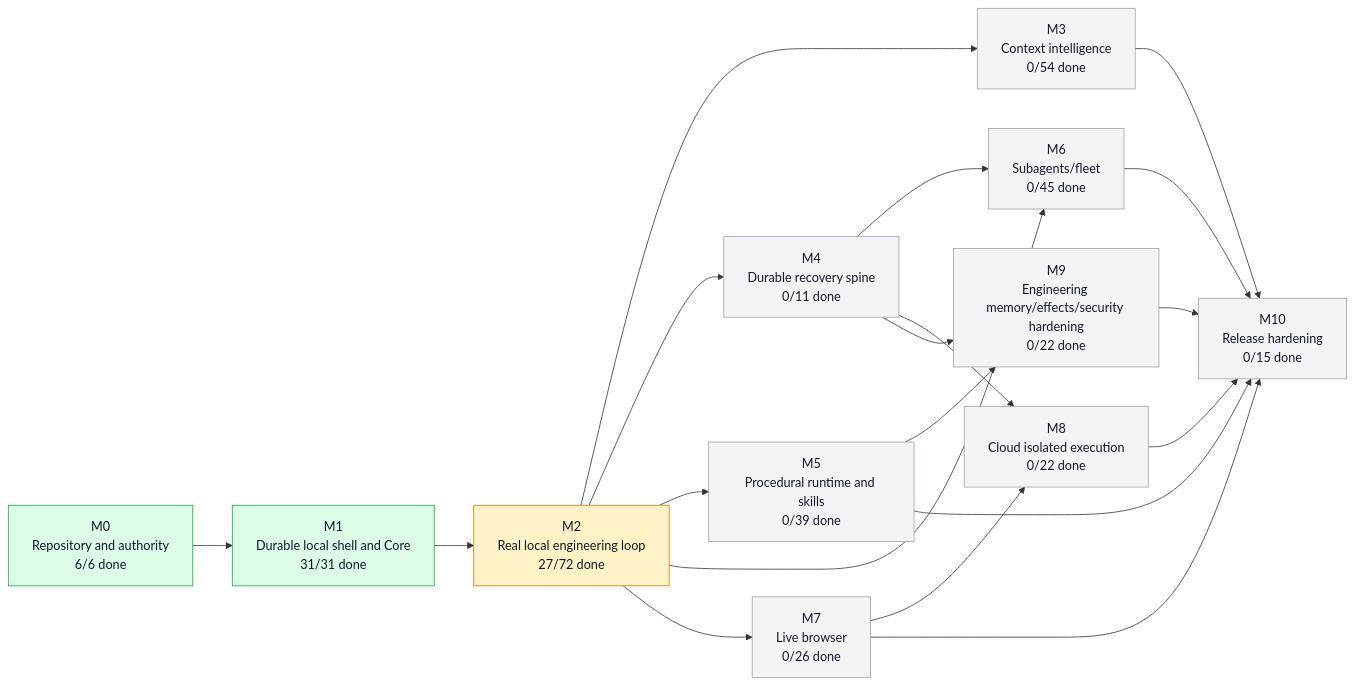
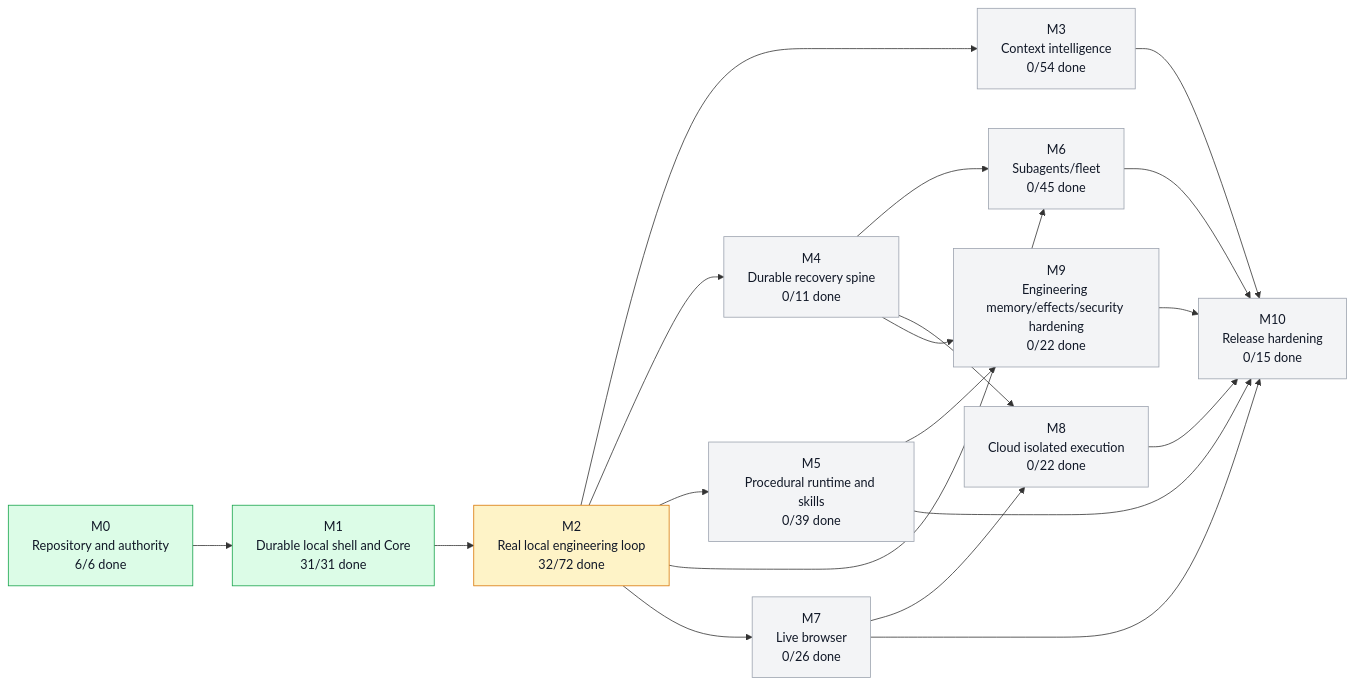
Before and after one commit to moss101/zmodbit: the first of 3 diagrams in graph/PROJECT_GRAPH.md, drawn with Mermaid. The commit also changed other lines of this file and 3 other files, not shown here.

````diff
--- a/graph/PROJECT_GRAPH.md
+++ b/graph/PROJECT_GRAPH.md
@@ -43,43 +43,43 @@
 ```mermaid
 flowchart LR
   M0["M0<br/>Repository and authority<br/>6/6 done"]
   M1["M1<br/>Durable local shell and Core<br/>31/31 done"]
-  M2["M2<br/>Real local engineering loop<br/>27/72 done"]
+  M2["M2<br/>Real local engineering loop<br/>32/72 done"]
   M3["M3<br/>Context intelligence<br/>0/54 done"]
   M4["M4<br/>Durable recovery spine<br/>0/11 done"]
   M5["M5<br/>Procedural runtime and skills<br/>0/39 done"]
   M6["M6<br/>Subagents/fleet<br/>0/45 done"]
   M7["M7<br/>Live browser<br/>0/26 done"]
   M8["M8<br/>Cloud isolated execution<br/>0/22 done"]
   M9["M9<br/>Engineering memory/effects/security hardening<br/>0/22 done"]
   M10["M10<br/>Release hardening<br/>0/15 done"]
   M0 --> M1
   M1 --> M2
   M2 --> M3
   M2 --> M4
   M2 --> M5
   M2 --> M6
   M4 --> M6
   M2 --> M7
   M4 --> M8
   M7 --> M8
   M4 --> M9
   M5 --> M9
   M3 --> M10
   M5 --> M10
   M6 --> M10
   M7 --> M10
   M8 --> M10
   M9 --> M10
   style M0 fill:#dcfce7,stroke:#16a34a,color:#111827
   style M1 fill:#dcfce7,stroke:#16a34a,color:#111827
   style M2 fill:#fef3c7,stroke:#d97706,color:#111827
   style M3 fill:#f3f4f6,stroke:#9ca3af,color:#111827
   style M4 fill:#f3f4f6,stroke:#9ca3af,color:#111827
   style M5 fill:#f3f4f6,stroke:#9ca3af,color:#111827
   style M6 fill:#f3f4f6,stroke:#9ca3af,color:#111827
   style M7 fill:#f3f4f6,stroke:#9ca3af,color:#111827
   style M8 fill:#f3f4f6,stroke:#9ca3af,color:#111827
   style M9 fill:#f3f4f6,stroke:#9ca3af,color:#111827
   style M10 fill:#f3f4f6,stroke:#9ca3af,color:#111827
 ```
````
